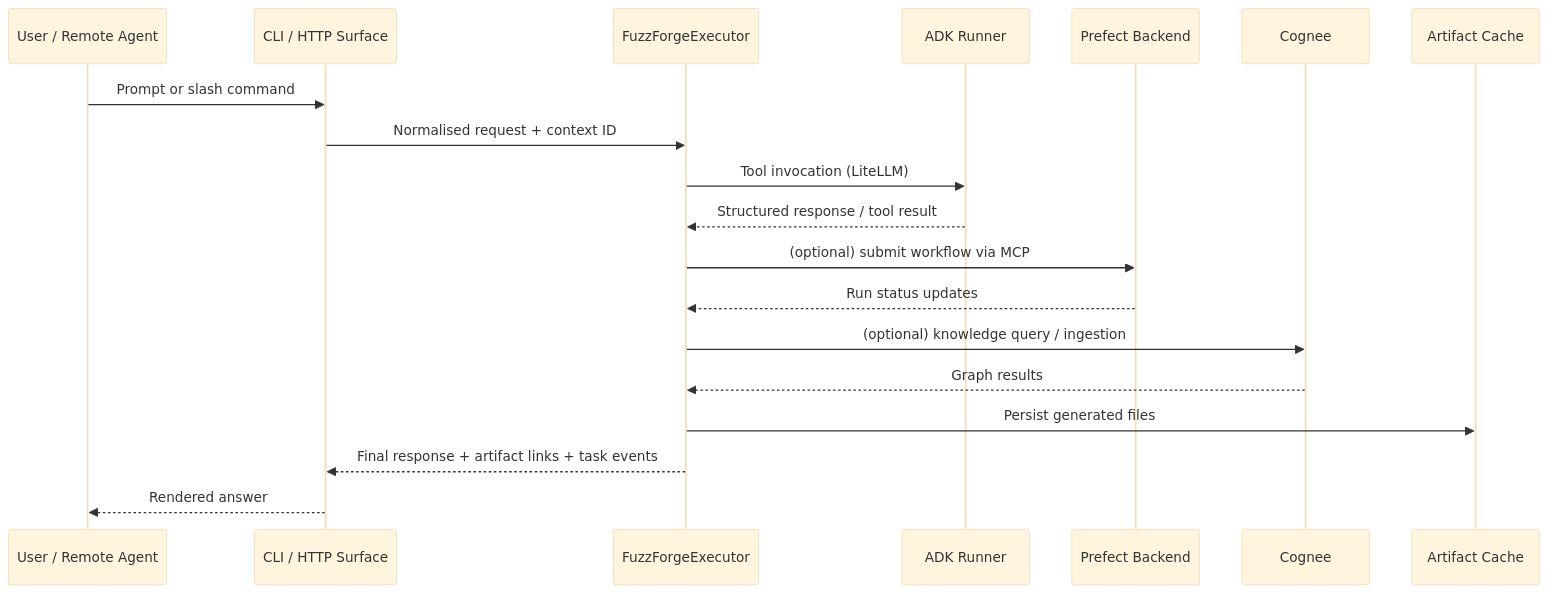
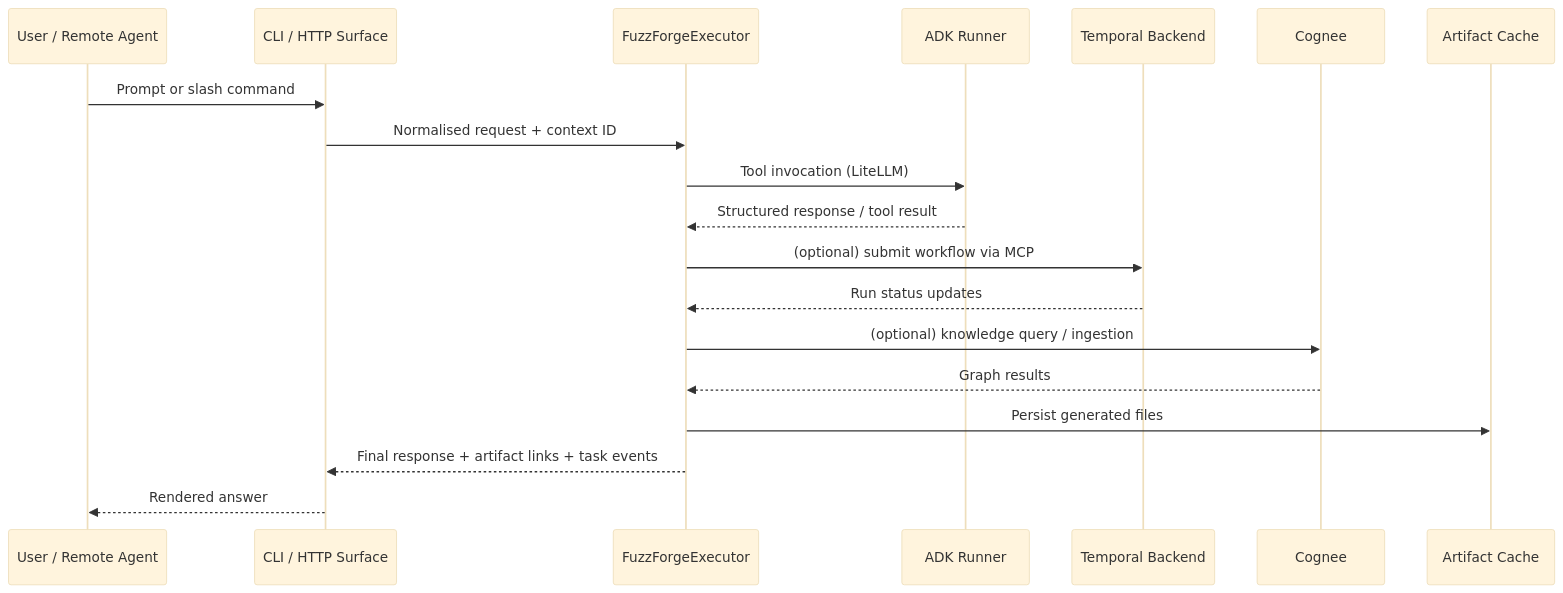
The second of 3 diagrams in docs/docs/ai/architecture.md (FuzzingLabs/fuzzforge_ai), drawn with Mermaid (base theme) before and after one commit. The commit also changed other lines of this file and 26 other files, not shown here.

````diff
--- a/docs/docs/ai/architecture.md
+++ b/docs/docs/ai/architecture.md
@@ -41,22 +41,22 @@
 ```mermaid
 sequenceDiagram
     participant User as User / Remote Agent
     participant CLI as CLI / HTTP Surface
     participant Exec as FuzzForgeExecutor
     participant ADK as ADK Runner
-    participant Prefect as Prefect Backend
+    participant Temporal as Temporal Backend
     participant Cognee as Cognee
     participant Artifact as Artifact Cache
 
     User->>CLI: Prompt or slash command
     CLI->>Exec: Normalised request + context ID
     Exec->>ADK: Tool invocation (LiteLLM)
     ADK-->>Exec: Structured response / tool result
-    Exec->>Prefect: (optional) submit workflow via MCP
-    Prefect-->>Exec: Run status updates
+    Exec->>Temporal: (optional) submit workflow via MCP
+    Temporal-->>Exec: Run status updates
     Exec->>Cognee: (optional) knowledge query / ingestion
     Cognee-->>Exec: Graph results
     Exec->>Artifact: Persist generated files
     Exec-->>CLI: Final response + artifact links + task events
     CLI-->>User: Rendered answer
 ```
````
